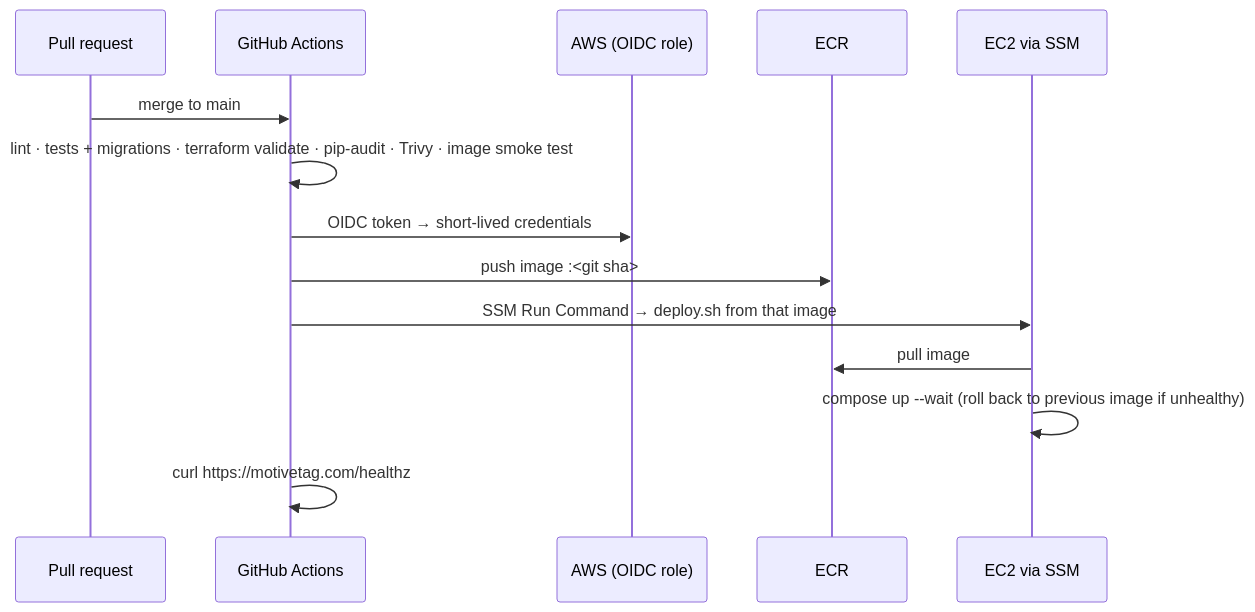
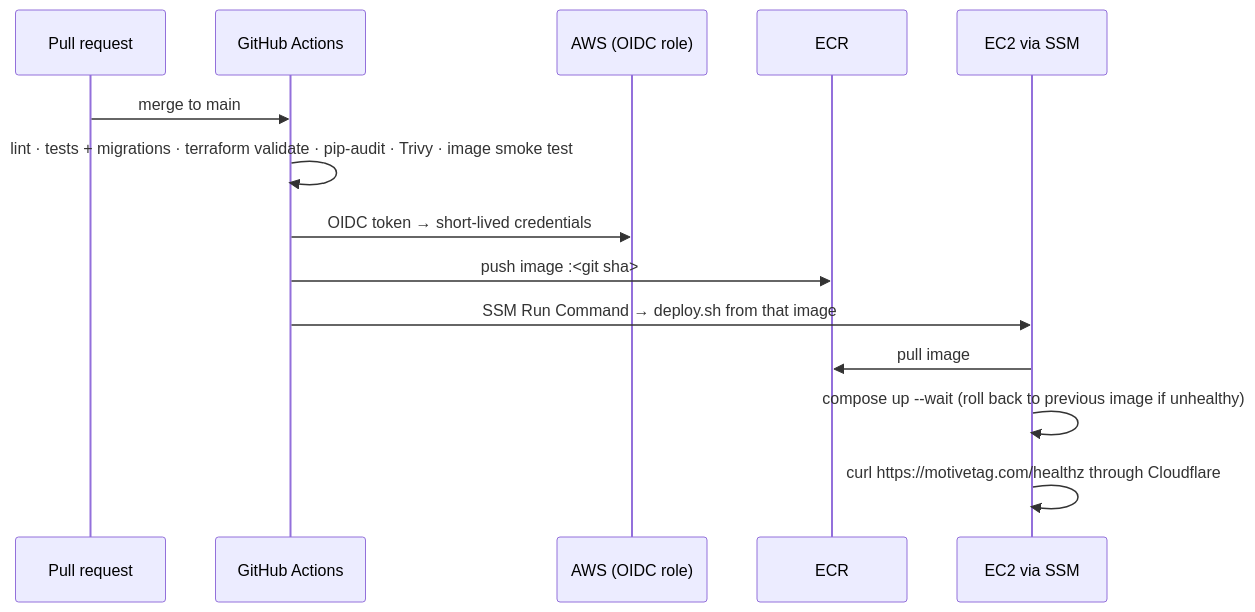
Before and after one commit to skywalker0823/motivetag: the second of 2 diagrams in README.md, drawn with Mermaid. The commit also changed 3 other files, not shown here.

````diff
--- a/README.md
+++ b/README.md
@@ -42,16 +42,16 @@
 ```mermaid
 sequenceDiagram
     participant Dev as Pull request
     participant GH as GitHub Actions
     participant AWS as AWS (OIDC role)
     participant ECR
     participant EC2 as EC2 via SSM
     Dev->>GH: merge to main
     GH->>GH: lint · tests + migrations · terraform validate · pip-audit · Trivy · image smoke test
     GH->>AWS: OIDC token → short-lived credentials
     GH->>ECR: push image :<git sha>
     GH->>EC2: SSM Run Command → deploy.sh from that image
     EC2->>ECR: pull image
     EC2->>EC2: compose up --wait (roll back to previous image if unhealthy)
-    GH->>GH: curl https://motivetag.com/healthz
+    EC2->>EC2: curl https://motivetag.com/healthz through Cloudflare
 ```
````
